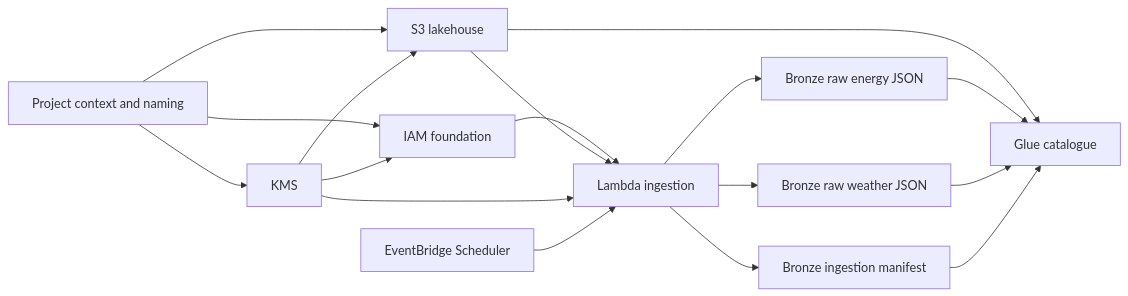
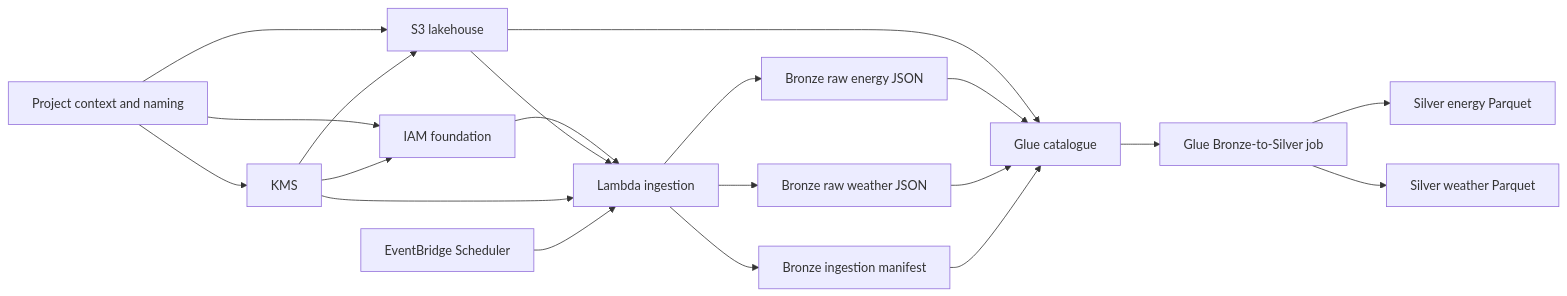
One commit to Ch3rry-Pi3-AWS/AWS-MLOps-EnergyForecasting-AnomalyDetection changed the first of 3 diagrams in README.md. Above: the diagram before and after it, drawn with Mermaid. The commit also changed other lines of this file and 26 other files, not shown here.

Commit message:
Add AWS energy forecasting platform scaffold through Bronze-to-Silver

````diff
--- a/README.md
+++ b/README.md
@@ -87,19 +90,22 @@
 ```mermaid
 flowchart LR
     A[Project context and naming] --> B[KMS]
     A --> C[S3 lakehouse]
     A --> D[IAM foundation]
     B --> C
     B --> D
     D --> E[Lambda ingestion]
     C --> E
     B --> E
     F[EventBridge Scheduler] --> E
     E --> G[Bronze raw energy JSON]
     E --> H[Bronze raw weather JSON]
     E --> I[Bronze ingestion manifest]
     C --> J[Glue catalogue]
     G --> J
     H --> J
     I --> J
+    J --> K[Glue Bronze-to-Silver job]
+    K --> L[Silver energy Parquet]
+    K --> M[Silver weather Parquet]
 ```
````
